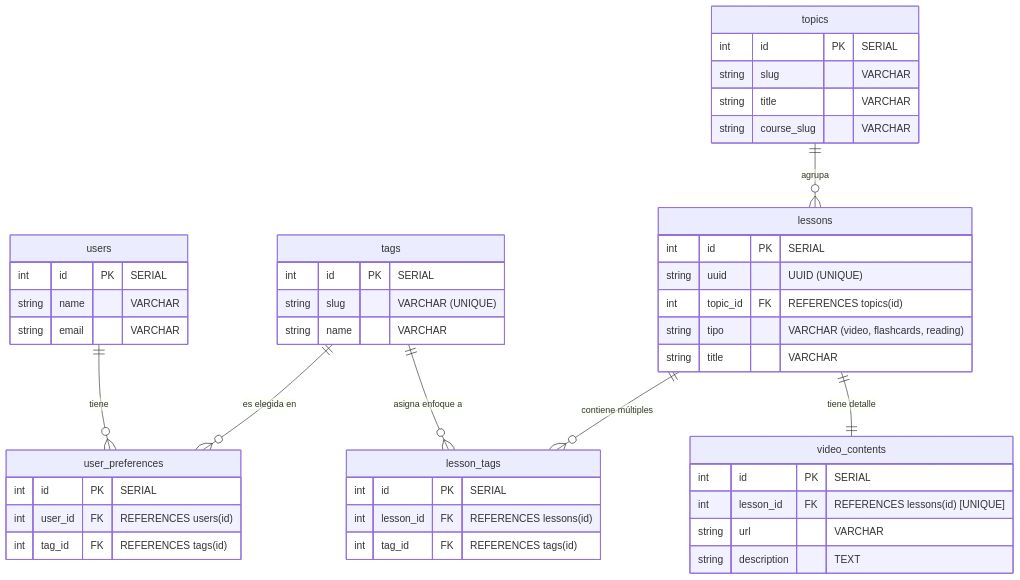
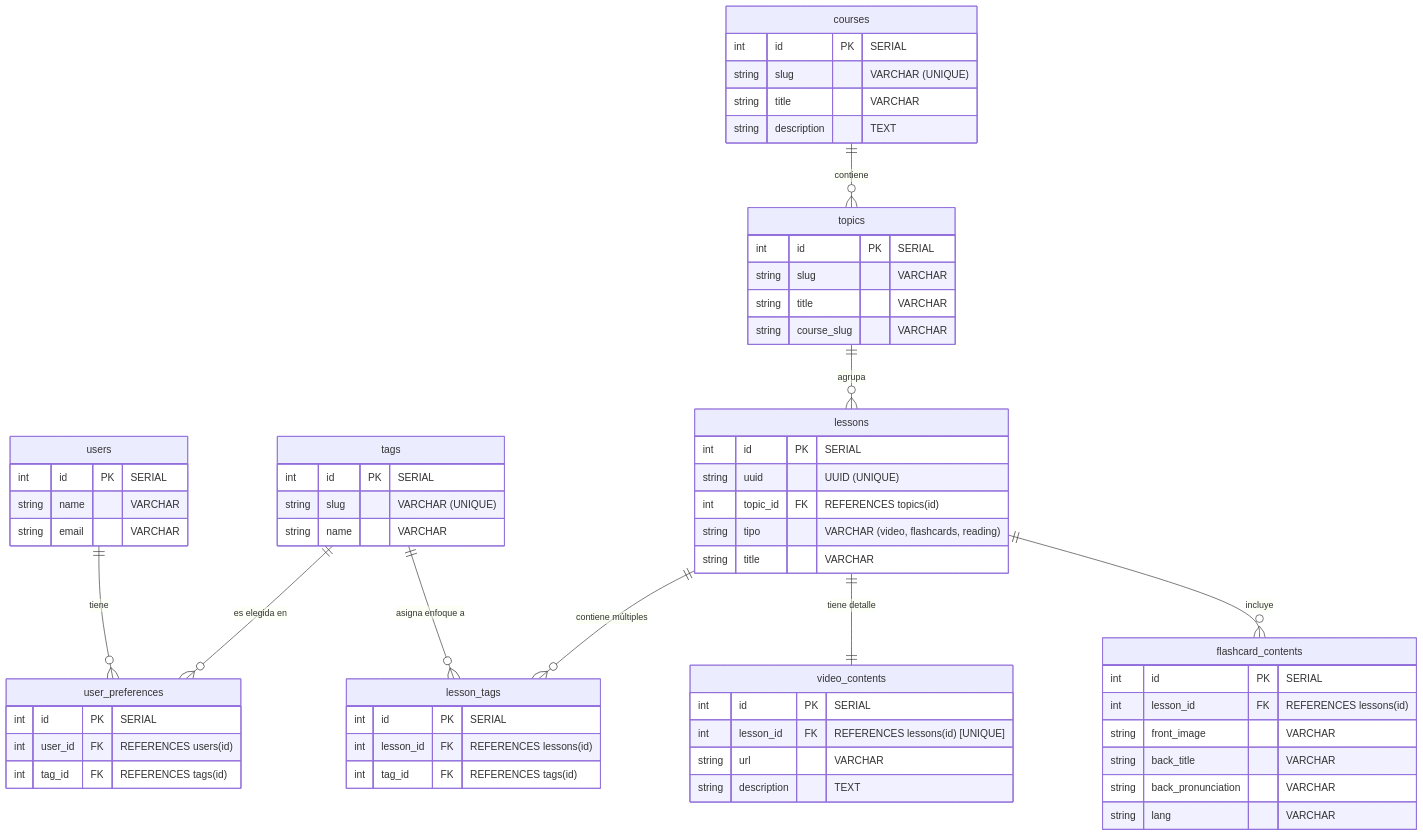
One commit to maltl00r/malttalk changed the diagram in README.md. Above: the diagram before and after it, drawn with Mermaid.

Commit message:
feat: update database design to include courses and flashcard_contents relationships

````diff
--- a/README.md
+++ b/README.md
@@ -8,55 +8,73 @@
 ```mermaid
 erDiagram
     users ||--o{ user_preferences : "tiene"
     tags ||--o{ user_preferences : "es elegida en"
     tags ||--o{ lesson_tags : "asigna enfoque a"
     lessons ||--o{ lesson_tags : "contiene múltiples"
     topics ||--o{ lessons : "agrupa"
+    courses ||--o{ topics : "contiene"
     lessons ||--|| video_contents : "tiene detalle"
+    lessons ||--o{ flashcard_contents : "incluye"
 
     users {
         int id PK "SERIAL"
         string name "VARCHAR"
         string email "VARCHAR"
     }
 
     user_preferences {
         int id PK "SERIAL"
         int user_id FK "REFERENCES users(id)"
         int tag_id FK "REFERENCES tags(id)"
     }
 
     tags {
         int id PK "SERIAL"
         string slug "VARCHAR (UNIQUE)"
         string name "VARCHAR"
+    }
+
+    courses {
+        int id PK "SERIAL"
+        string slug "VARCHAR (UNIQUE)"
+        string title "VARCHAR"
+        string description "TEXT"
     }
 
     topics {
         int id PK "SERIAL"
         string slug "VARCHAR"
         string title "VARCHAR"
         string course_slug "VARCHAR"
     }
 
     lessons {
         int id PK "SERIAL"
         string uuid "UUID (UNIQUE)"
         int topic_id FK "REFERENCES topics(id)"
         string tipo "VARCHAR (video, flashcards, reading)"
         string title "VARCHAR"
     }
 
     lesson_tags {
         int id PK "SERIAL"
         int lesson_id FK "REFERENCES lessons(id)"
         int tag_id FK "REFERENCES tags(id)"
     }
 
     video_contents {
         int id PK "SERIAL"
         int lesson_id FK "REFERENCES lessons(id) [UNIQUE]"
         string url "VARCHAR"
         string description "TEXT"
     }
+
+    flashcard_contents {
+        int id PK "SERIAL"
+        int lesson_id FK "REFERENCES lessons(id)"
+        string front_image "VARCHAR"
+        string back_title "VARCHAR"
+        string back_pronunciation "VARCHAR"
+        string lang "VARCHAR"
+    }
 ```
````
